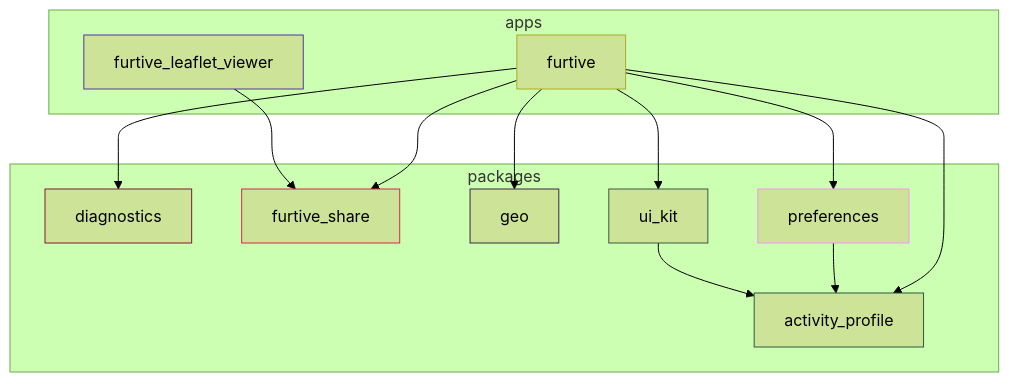
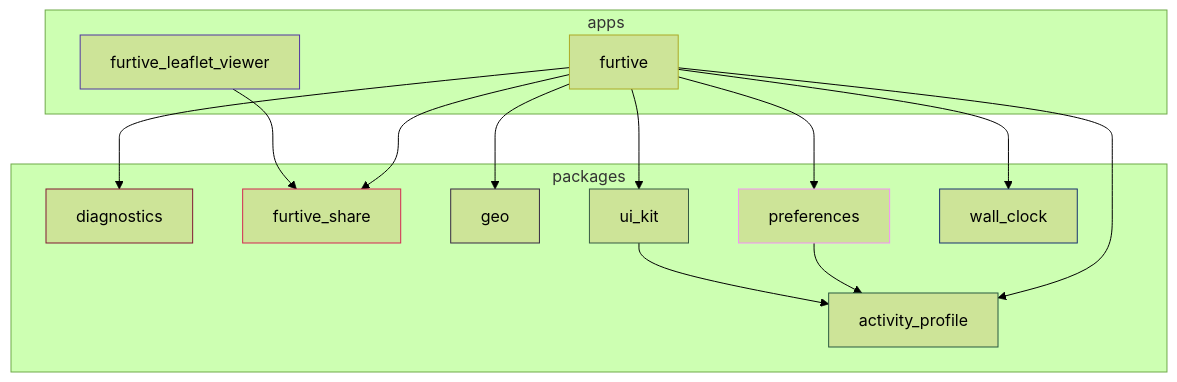
One commit to ethicnology-agent/furtive changed the diagram in docs/module-graph.md. Above: the diagram before and after it, drawn with Mermaid (forest theme). The commit also changed 23 other files, not shown here.

````diff
--- a/docs/module-graph.md
+++ b/docs/module-graph.md
@@ -5,40 +5,44 @@
 ```mermaid
 graph TD
   activity_profile["activity_profile"]
   style activity_profile stroke:#295a3f
   diagnostics["diagnostics"]
   style diagnostics stroke:#811832
   furtive["furtive"]
   style furtive stroke:#acaa26
   furtive_leaflet_viewer["furtive_leaflet_viewer"]
   style furtive_leaflet_viewer stroke:#5135a1
   furtive_share["furtive_share"]
   style furtive_share stroke:#d42752
   geo["geo"]
   style geo stroke:#362842
   preferences["preferences"]
   style preferences stroke:#f493f6
   ui_kit["ui_kit"]
   style ui_kit stroke:#375a43
+  wall_clock["wall_clock"]
+  style wall_clock stroke:#173271
   furtive --> activity_profile
+  furtive --> wall_clock
   furtive --> diagnostics
   furtive --> furtive_share
   furtive --> geo
   furtive --> preferences
   furtive --> ui_kit
   furtive_leaflet_viewer --> furtive_share
   preferences --> activity_profile
   ui_kit --> activity_profile
   subgraph packages0 ["packages"]
     activity_profile
     diagnostics
     furtive_share
     geo
     preferences
     ui_kit
+    wall_clock
   end
   subgraph apps1 ["apps"]
     furtive
     furtive_leaflet_viewer
   end
 ```
````
